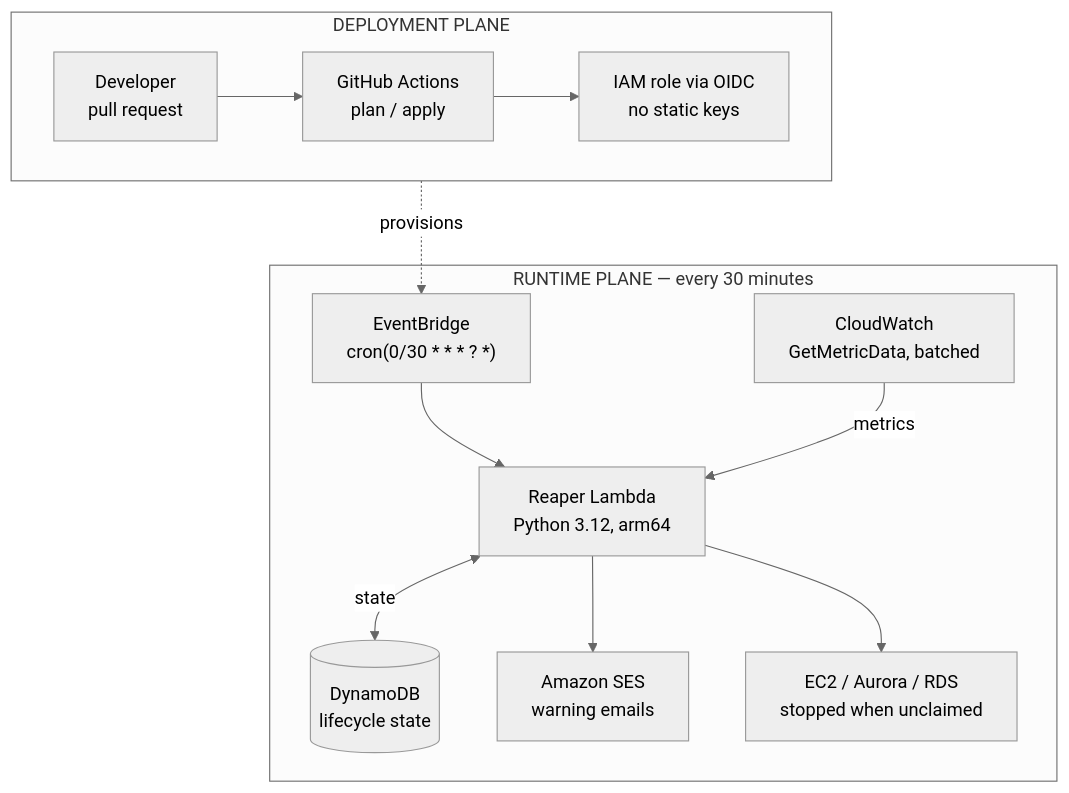
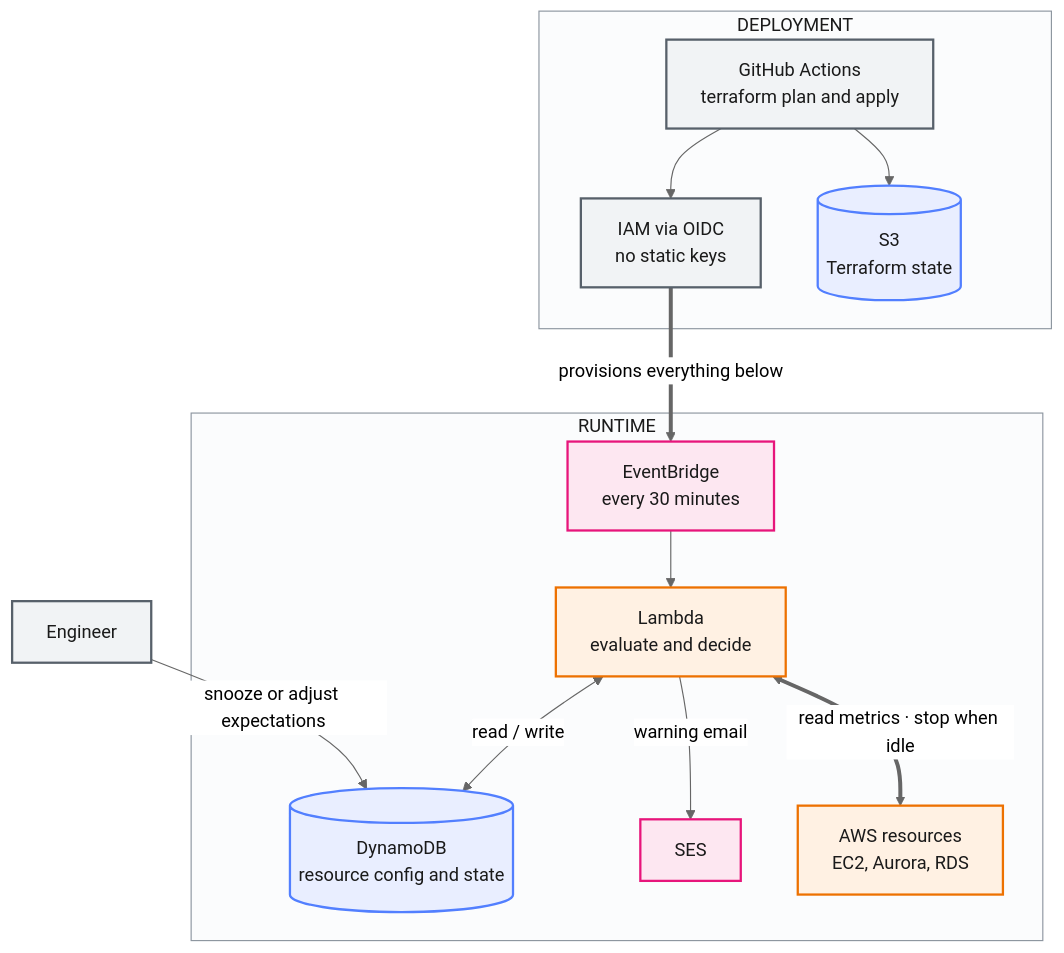
Before and after one commit to hariom331/aws-idle-resource-manager: the first of 3 diagrams in README.md, drawn with Mermaid (neutral theme). The commit also changed other lines of this file and 2 other files, not shown here.

Commit message:
Architecture Design and Plan update

````diff
--- a/README.md
+++ b/README.md
@@ -44,18 +30,31 @@
 ```mermaid
 flowchart TB
-    subgraph deploy["DEPLOYMENT PLANE"]
-        direction LR
-        DEV["Developer<br/>pull request"] --> GHA["GitHub Actions<br/>plan / apply"]
-        GHA --> OIDC["IAM role via OIDC<br/>no static keys"]
+    subgraph deploy["DEPLOYMENT"]
+        GHA["GitHub Actions<br/>terraform plan and apply"] --> OIDC["IAM via OIDC<br/>no static keys"]
+        GHA --> S3[("S3<br/>Terraform state")]
     end
 
-    subgraph runtime["RUNTIME PLANE — every 30 minutes"]
-        EB["EventBridge<br/>cron(0/30 * * * ? *)"] --> LAM["Reaper Lambda<br/>Python 3.12, arm64"]
-        CW["CloudWatch<br/>GetMetricData, batched"] -- metrics --> LAM
-        LAM <-- state --> DDB[("DynamoDB<br/>lifecycle state")]
-        LAM --> SES["Amazon SES<br/>warning emails"]
-        LAM --> RES["EC2 / Aurora / RDS<br/>stopped when unclaimed"]
+    OIDC ==>|"provisions everything below"| EB
+
+    subgraph runtime["RUNTIME"]
+        EB["EventBridge<br/>every 30 minutes"] --> LAM["Lambda<br/>evaluate and decide"]
+        LAM <-->|"read / write"| DDB[("DynamoDB<br/>resource config and state")]
+        LAM -->|"warning email"| SES["SES"]
+        LAM <==>|"read metrics · stop when idle"| RES["AWS resources<br/>EC2, Aurora, RDS"]
     end
 
-    OIDC -. provisions .-> EB
+    ENG["Engineer"] -->|"snooze or adjust expectations"| DDB
+
+    classDef svc fill:#FDE7F1,stroke:#E7157B,stroke-width:2px,color:#1A1A1A
+    classDef compute fill:#FFF1E3,stroke:#ED7100,stroke-width:2px,color:#1A1A1A
+    classDef data fill:#E9EEFF,stroke:#527FFF,stroke-width:2px,color:#1A1A1A
+    classDef ext fill:#F1F3F5,stroke:#57606A,stroke-width:2px,color:#1A1A1A
+
+    class LAM,RES compute
+    class DDB,S3 data
+    class EB,SES svc
+    class OIDC,GHA,ENG ext
+
+    style deploy fill:#FBFCFD,stroke:#8C959F,stroke-width:1px,color:#1A1A1A
+    style runtime fill:#FBFCFD,stroke:#8C959F,stroke-width:1px,color:#1A1A1A
 ```
````
